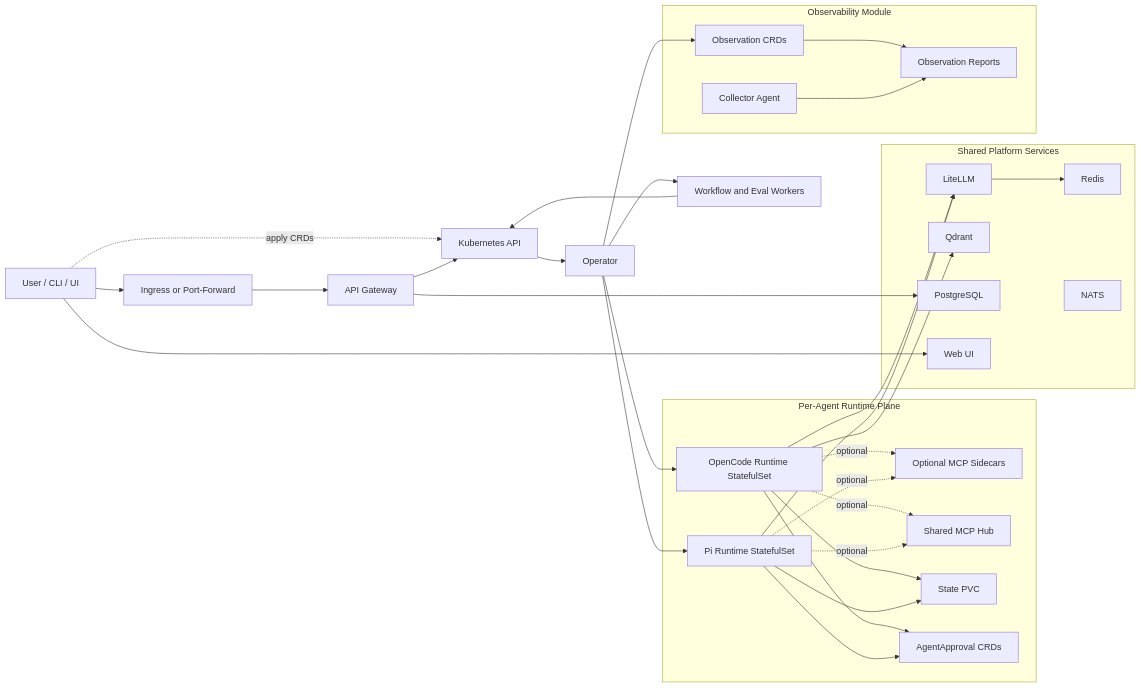
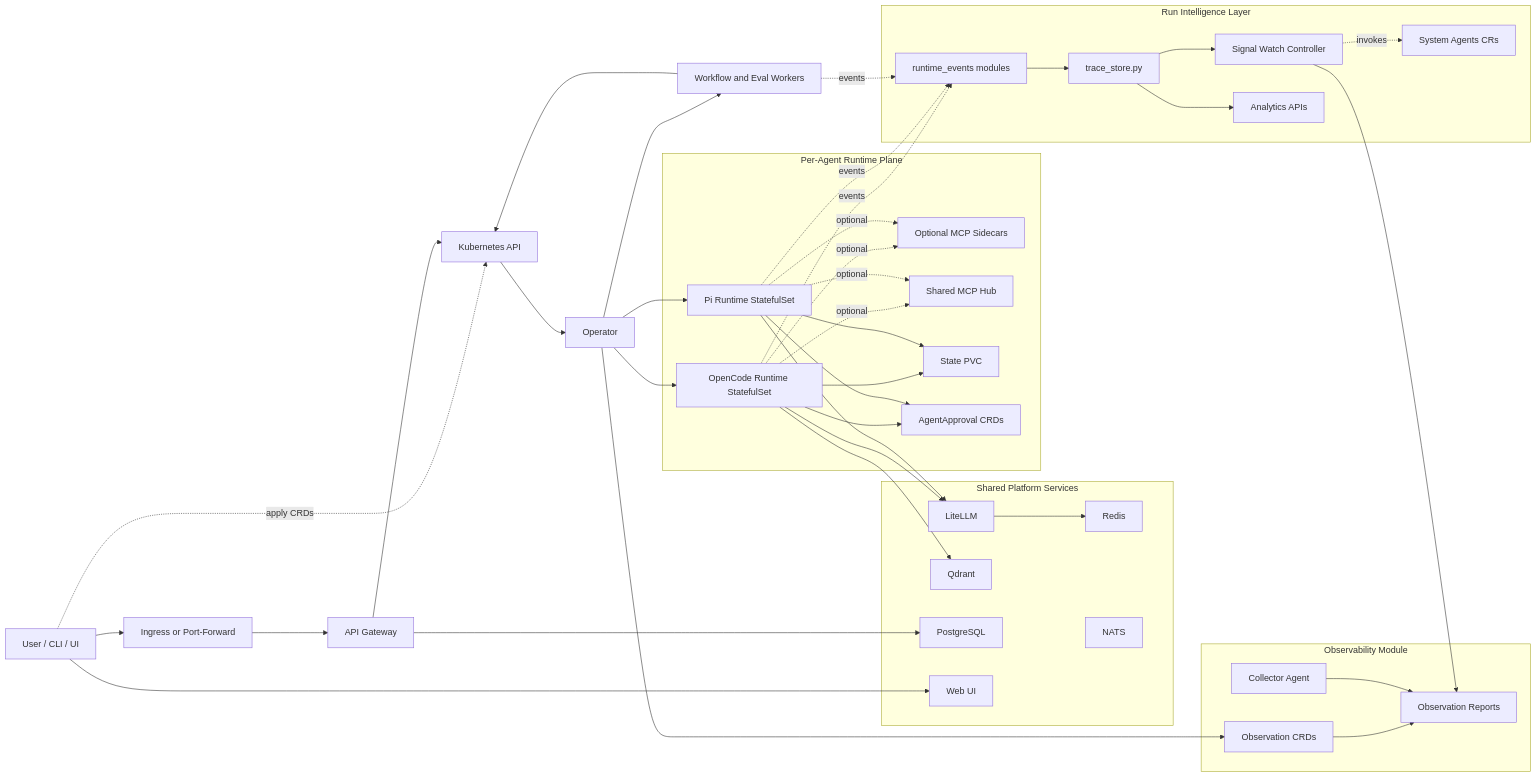
One commit to ykbytes/kubesynapse.ai changed the diagram in docs/architecture-overview.md. Above: the diagram before and after it, drawn with Mermaid. The commit also changed other lines of this file and 59 other files, not shown here.

````diff
--- a/docs/architecture-overview.md
+++ b/docs/architecture-overview.md
@@ -19,58 +19,74 @@
 ```mermaid
 flowchart LR
     User[User / CLI / UI]
     Ingress[Ingress or Port-Forward]
     Gateway[API Gateway]
     K8s[Kubernetes API]
     Operator[Operator]
     Worker[Workflow and Eval Workers]
 
     subgraph AgentPlane[Per-Agent Runtime Plane]
         OpenCodeSTS[OpenCode Runtime StatefulSet]
         PiSTS[Pi Runtime StatefulSet]
         Sidecar[Optional MCP Sidecars]
         SharedMCP[Shared MCP Hub]
         StatePVC[State PVC]
         ApprovalCR[AgentApproval CRDs]
     end
 
     subgraph SharedServices[Shared Platform Services]
         LiteLLM[LiteLLM]
         Redis[Redis]
         Qdrant[Qdrant]
         Postgres[PostgreSQL]
         NATS[NATS]
         WebUI[Web UI]
     end
 
     subgraph Observability[Observability Module]
         ObservationCRDs[Observation CRDs]
         Collector[Collector Agent]
         Reports[Observation Reports]
     end
 
+    subgraph RunIntelligence[Run Intelligence Layer]
+        TraceStore[trace_store.py]
+        RuntimeEvents[runtime_events modules]
+        SignalWatch[Signal Watch Controller]
+        SystemAgents[System Agents CRs]
+        AnalyticsAPIs[Analytics APIs]
+    end
+
     User --> Ingress --> Gateway
     User --> WebUI
     User -. apply CRDs .-> K8s
     Gateway --> K8s
     K8s --> Operator
     Operator --> OpenCodeSTS
     Operator --> PiSTS
     Operator --> Worker
     Operator --> ObservationCRDs
     Worker --> K8s
     OpenCodeSTS --> LiteLLM --> Redis
     OpenCodeSTS --> Qdrant
     OpenCodeSTS -. optional .-> Sidecar
     OpenCodeSTS -. optional .-> SharedMCP
     OpenCodeSTS --> StatePVC
     OpenCodeSTS --> ApprovalCR
     PiSTS --> LiteLLM
     PiSTS -. optional .-> Sidecar
     PiSTS -. optional .-> SharedMCP
     PiSTS --> StatePVC
     PiSTS --> ApprovalCR
     Gateway --> Postgres
     ObservationCRDs --> Reports
     Collector --> Reports
+    OpenCodeSTS -. events .-> RuntimeEvents
+    PiSTS -. events .-> RuntimeEvents
+    Worker -. events .-> RuntimeEvents
+    RuntimeEvents --> TraceStore
+    TraceStore --> SignalWatch
+    SignalWatch --> Reports
+    SignalWatch -. invokes .-> SystemAgents
+    TraceStore --> AnalyticsAPIs
 ```
````
